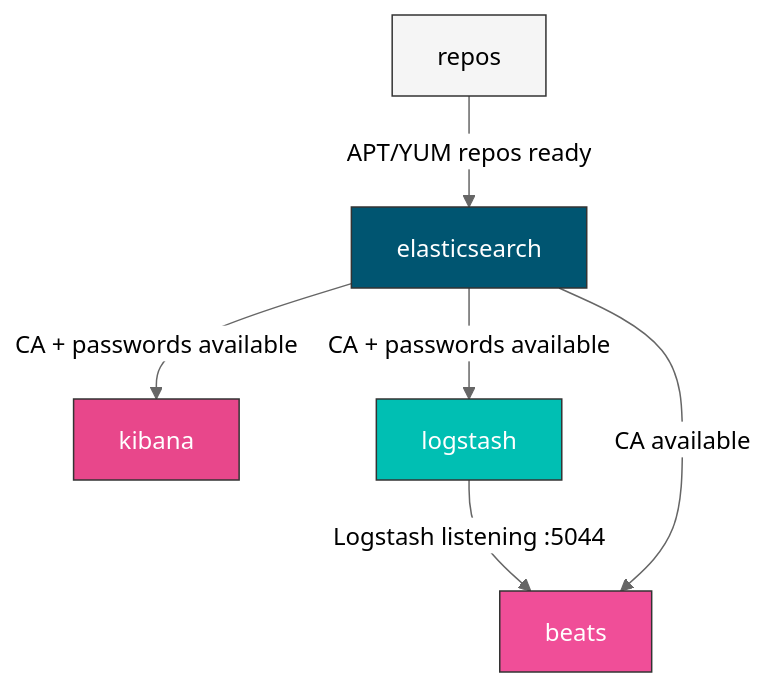
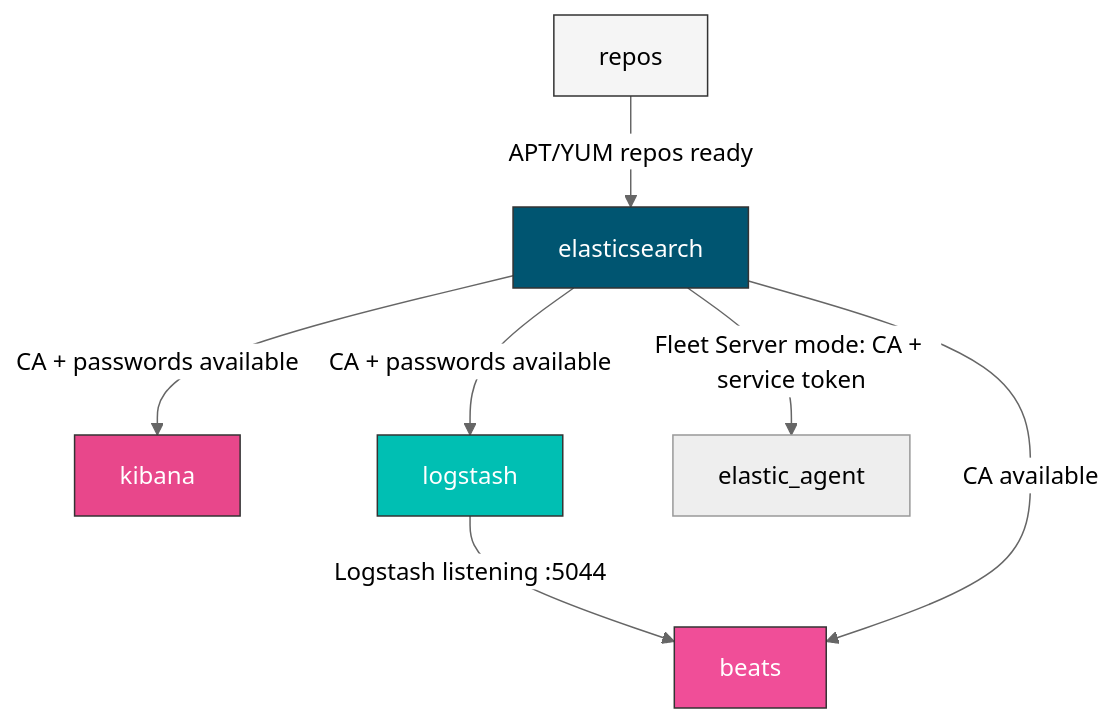
One commit to Oddly/elasticstack changed the second of 5 diagrams in docs/guide/architecture.md. Above: the diagram before and after it, drawn with Mermaid (neutral theme). The commit also changed other lines of this file and 95 other files, not shown here.

First line of the commit message:
feat(agent): add Elastic Agent role (#230)

````diff
--- a/docs/guide/architecture.md
+++ b/docs/guide/architecture.md
@@ -47,14 +61,15 @@
 ```mermaid
 graph TD
     R[repos] -->|"APT/YUM repos ready"| E[elasticsearch]
     E -->|"CA + passwords available"| K[kibana]
     E -->|"CA + passwords available"| L[logstash]
     L -->|"Logstash listening :5044"| B[beats]
     E -->|"CA available"| B
+    E -->|"Fleet Server mode: CA + service token"| A[elastic_agent]
 
     style R fill:#f5f5f5,stroke:#333
     style E fill:#005571,stroke:#333,color:#fff
     style K fill:#e8478b,stroke:#333,color:#fff
     style L fill:#00bfb3,stroke:#333,color:#fff
     style B fill:#f04e98,stroke:#333,color:#fff
 ```
````
